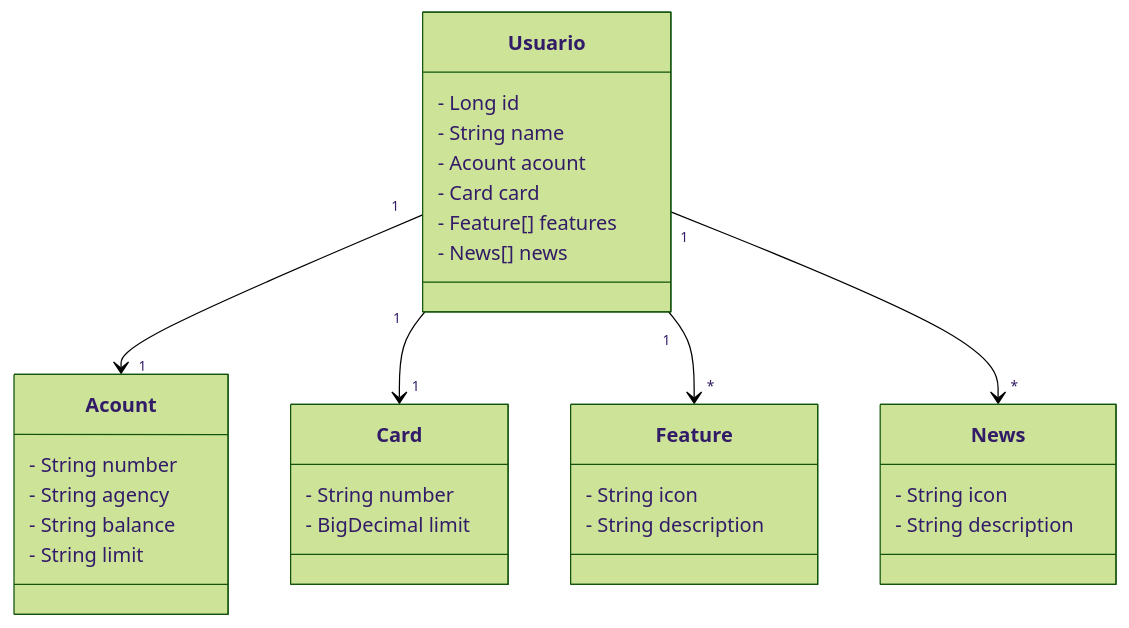
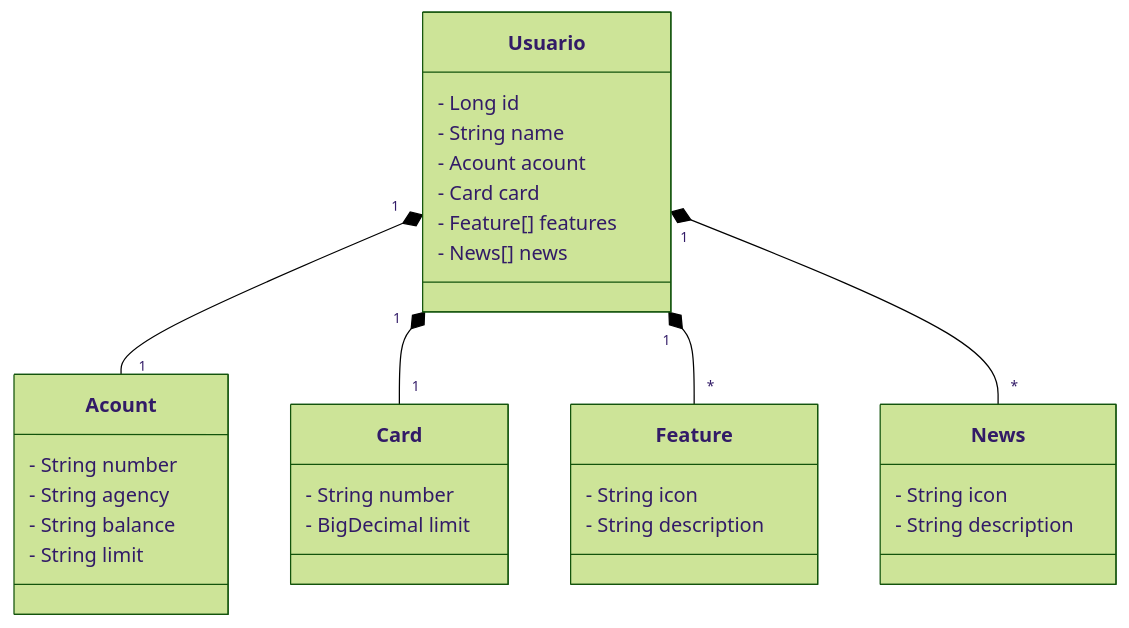
One commit to MichaelFonsec/Dev-Week changed the diagram in README.md. Above: the diagram before and after it, drawn with Mermaid (forest theme).

````diff
--- a/README.md
+++ b/README.md
@@ -7,39 +7,39 @@
 ```mermaid
 classDiagram
     class Usuario {
         - Long id
         - String name
         - Acount acount
         - Card card
         - Feature[] features
         - News[] news
     }
 
     class Acount {
         - String number
         - String agency
         - String balance
         - String limit
     }
 
     class Card {
         - String number
         - BigDecimal limit
     }
 
     class Feature {
         - String icon
         - String description
     }
 
     class News {
         - String icon
         - String description
     }
 
-    Usuario "1" --> "1" Acount
-    Usuario "1" --> "1" Card
-    Usuario "1" --> "*" Feature
-    Usuario "1" --> "*" News
+    Usuario "1" *-- "1" Acount
+    Usuario "1" *-- "1" Card
+    Usuario "1" *-- "*" Feature
+    Usuario "1" *-- "*" News
 
 ```
````
